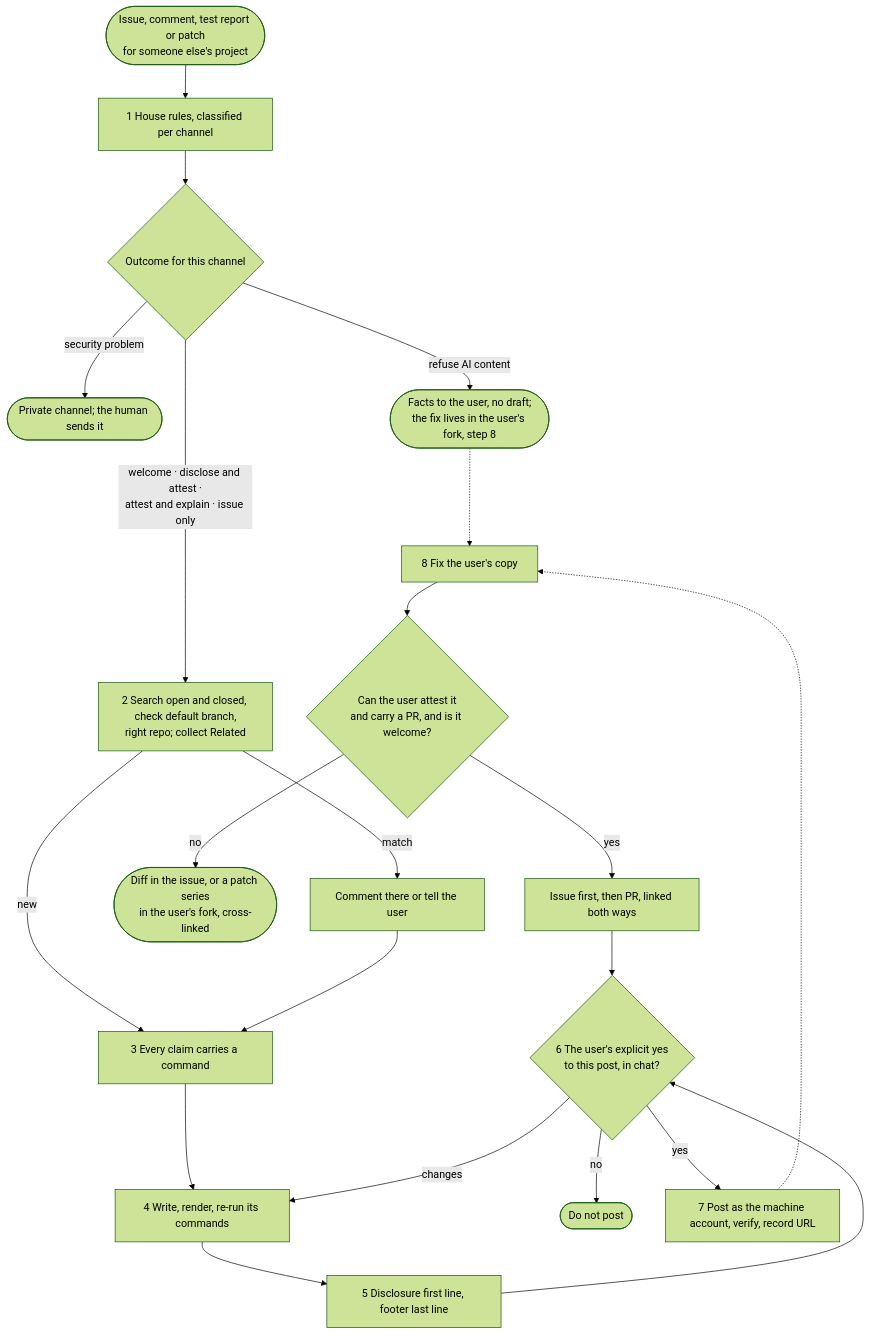
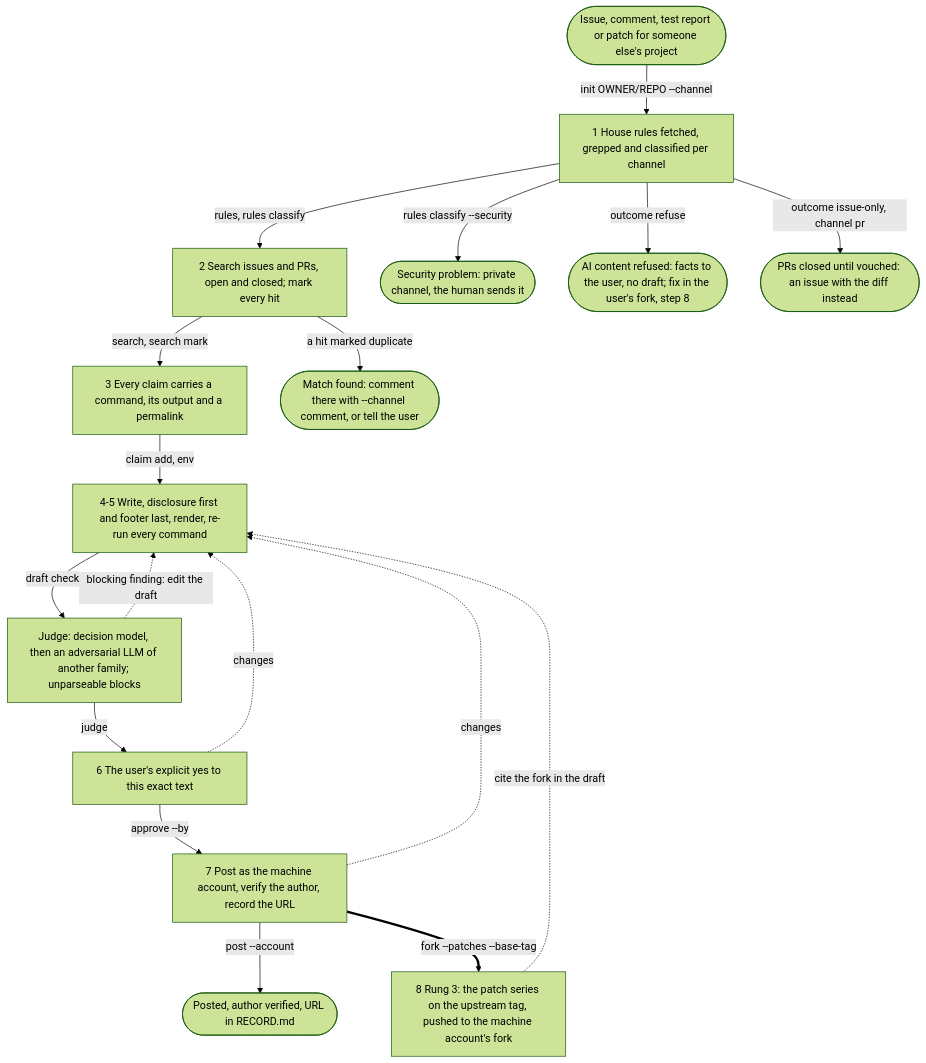
One commit to psjg/skills changed the diagram in skills/upstream-issue/SKILL.md. Above: the diagram before and after it, drawn with Mermaid (forest theme). The commit also changed other lines of this file and 6 other files, not shown here.

First line of the commit message:
feat(upstream-issue): ship the flow as scripts/upstream.py

````diff
--- a/skills/upstream-issue/SKILL.md
+++ b/skills/upstream-issue/SKILL.md
@@ -23,22 +36,34 @@
 ```mermaid
 flowchart TD
-    A([Issue, comment, test report or patch<br/>for someone else's project]) --> S1
-    S1[1 House rules, classified per channel] --> P{Outcome for this channel}
-    P -->|security problem| X1([Private channel; the human sends it])
-    P -->|refuse AI content| X2([Facts to the user, no draft;<br/>the fix lives in the user's fork, step 8])
-    P -->|welcome · disclose and attest ·<br/>attest and explain · issue only| S2
-    S2[2 Search open and closed, check default branch,<br/>right repo; collect Related] -->|match| S2b[Comment there or tell the user]
-    S2 -->|new| S3
-    S2b --> S3
-    S3[3 Every claim carries a command] --> S4
-    S4[4 Write, render, re-run its commands] --> S5
-    S5[5 Disclosure first line, footer last line] --> G{6 The user's explicit yes<br/>to this post, in chat?}
-    G -->|changes| S4
-    G -->|no| H([Do not post])
-    G -->|yes| S7[7 Post as the machine account, verify, record URL]
-    S7 -.-> S8
-    X2 -.-> S8
-    S8[8 Fix the user's copy] --> K{Can the user attest it<br/>and carry a PR, and is it welcome?}
-    K -->|no| L([Diff in the issue, or a patch series<br/>in the user's fork, cross-linked])
-    K -->|yes| M[Issue first, then PR, linked both ways] --> G
+    start(["Issue, comment, test report or patch for someone else's project"])
+    rules["1 House rules fetched, grepped and classified per channel"]
+    search["2 Search issues and PRs, open and closed; mark every hit"]
+    evidence["3 Every claim carries a command, its output and a permalink"]
+    draft["4-5 Write, disclosure first and footer last, render, re-run every command"]
+    judged["Judge: decision model, then an adversarial LLM of another family; unparseable blocks"]
+    approval["6 The user's explicit yes to this exact text"]
+    approved["7 Post as the machine account, verify the author, record the URL"]
+    posted(["Posted, author verified, URL in RECORD.md"])
+    forked["8 Rung 3: the patch series on the upstream tag, pushed to the machine account's fork"]
+    security(["Security problem: private channel, the human sends it"])
+    refused(["AI content refused: facts to the user, no draft; fix in the user's fork, step 8"])
+    pr_refused(["PRs closed until vouched: an issue with the diff instead"])
+    duplicate(["Match found: comment there with --channel comment, or tell the user"])
+    start -->|"init OWNER/REPO --channel"| rules
+    rules -->|"rules classify --security"| security
+    rules -->|"outcome refuse"| refused
+    rules -->|"outcome issue-only, channel pr"| pr_refused
+    rules -->|"rules, rules classify"| search
+    search -->|"a hit marked duplicate"| duplicate
+    search -->|"search, search mark"| evidence
+    evidence -->|"claim add, env"| draft
+    draft -->|"draft check"| judged
+    judged -->|"judge"| approval
+    approval -->|"approve --by"| approved
+    approved -->|"post --account"| posted
+    approved ==>|"fork --patches --base-tag"| forked
+    judged -.->|"blocking finding: edit the draft"| draft
+    approval -.->|"changes"| draft
+    approved -.->|"changes"| draft
+    forked -.->|"cite the fork in the draft"| draft
 ```
````
